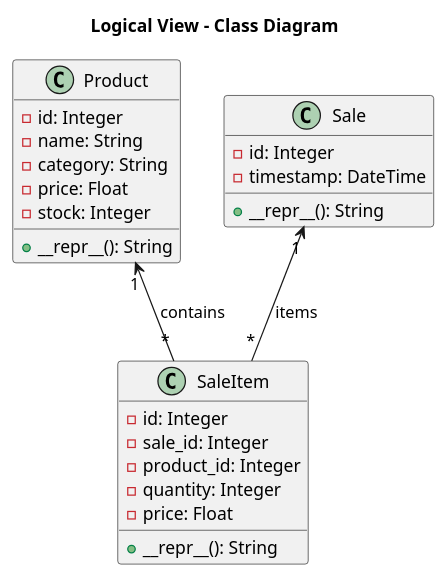
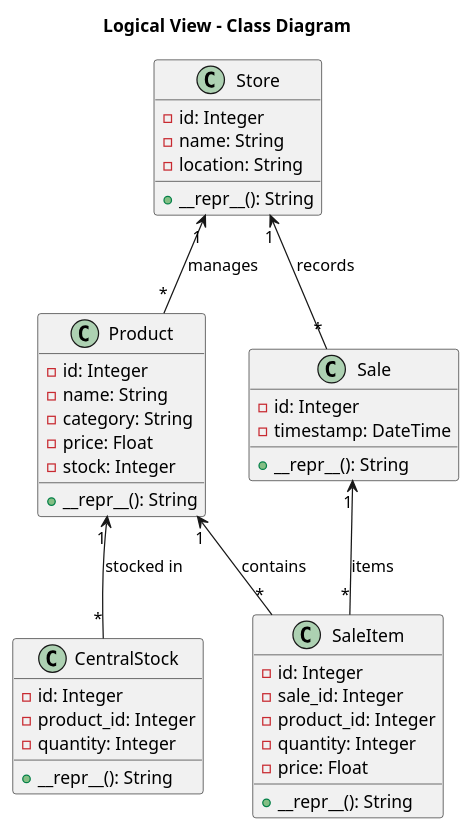
Before and after one commit to Sersium/log430lab123: the diagram in docs/UML/logical_view_class_diagram.puml, drawn with PlantUML. The commit also changed 10 other files, not shown here.

```diff
--- a/docs/UML/logical_view_class_diagram.puml
+++ b/docs/UML/logical_view_class_diagram.puml
@@ -1,28 +1,43 @@
 @startuml logical_view
 title Logical View - Class Diagram
 
 class Product {
   - id: Integer
   - name: String
   - category: String
   - price: Float
   - stock: Integer
   + __repr__(): String
 }
 class Sale {
   - id: Integer
   - timestamp: DateTime
   + __repr__(): String
 }
 class SaleItem {
   - id: Integer
   - sale_id: Integer
   - product_id: Integer
   - quantity: Integer
   - price: Float
   + __repr__(): String
 }
+class Store {
+  - id: Integer
+  - name: String
+  - location: String
+  + __repr__(): String
+}
+class CentralStock {
+  - id: Integer
+  - product_id: Integer
+  - quantity: Integer
+  + __repr__(): String
+}
 
 Product "1" <-- "*" SaleItem : contains
 Sale "1" <-- "*" SaleItem : items
+Store "1" <-- "*" Product : manages
+Store "1" <-- "*" Sale : records
+Product "1" <-- "*" CentralStock : stocked in
 @enduml
```
